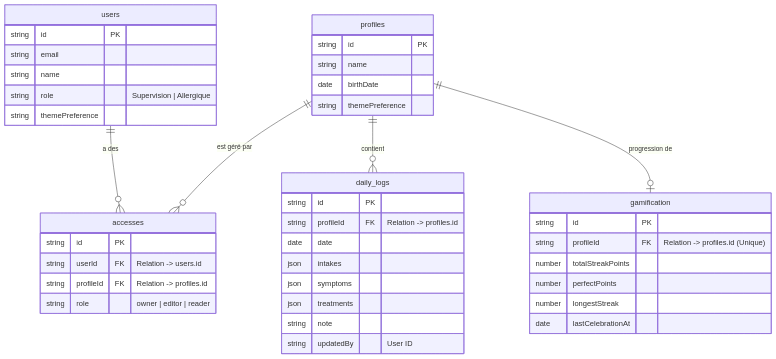
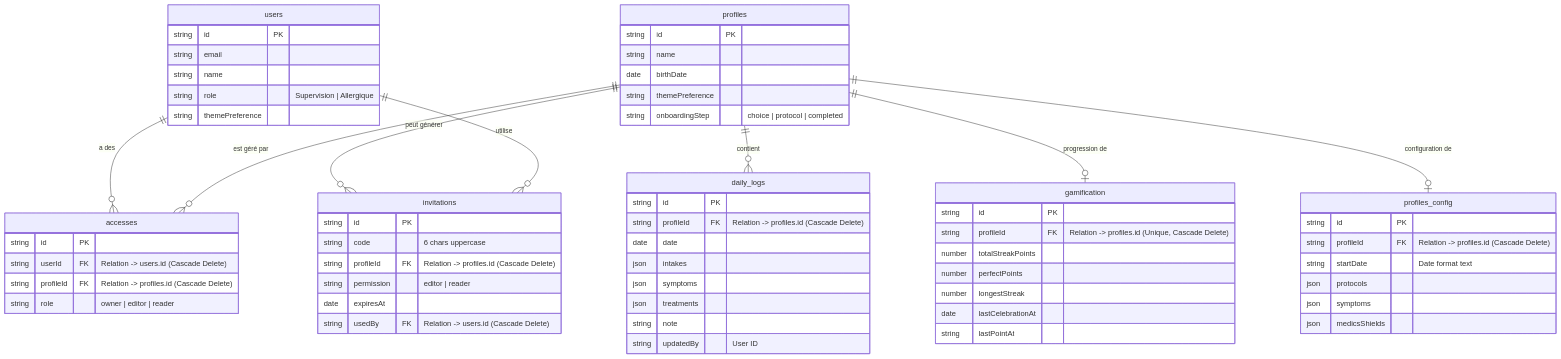
Before and after one commit to Rebolon/allergy-track: the diagram in MCD.md, drawn with Mermaid. The commit also changed other lines of this file and 17 other files, not shown here.

````diff
--- a/MCD.md
+++ b/MCD.md
@@ -5,49 +5,72 @@
 ```mermaid
 erDiagram
     users ||--o{ accesses : "a des"
     profiles ||--o{ accesses : "est géré par"
     profiles ||--o{ daily_logs : "contient"
     profiles ||--o| gamification : "progression de"
+    profiles ||--o| profiles_config : "configuration de"
+    profiles ||--o{ invitations : "peut générer"
+    users ||--o{ invitations : "utilise"
 
     users {
         string id PK
         string email
         string name
         string role "Supervision | Allergique"
         string themePreference
     }
 
     profiles {
         string id PK
         string name
         date birthDate
         string themePreference
+        string onboardingStep "choice | protocol | completed"
     }
 
     accesses {
         string id PK
-        string userId FK "Relation -> users.id"
-        string profileId FK "Relation -> profiles.id"
+        string userId FK "Relation -> users.id (Cascade Delete)"
+        string profileId FK "Relation -> profiles.id (Cascade Delete)"
         string role "owner | editor | reader"
     }
 
     daily_logs {
         string id PK
-        string profileId FK "Relation -> profiles.id"
+        string profileId FK "Relation -> profiles.id (Cascade Delete)"
         date date
         json intakes
         json symptoms
         json treatments
         string note
         string updatedBy "User ID"
     }
 
+    profiles_config {
+        string id PK
+        string profileId FK "Relation -> profiles.id (Cascade Delete)"
+        string startDate "Date format text"
+        json protocols
+        json symptoms
+        json medicsShields
+    }
+
     gamification {
         string id PK
-        string profileId FK "Relation -> profiles.id (Unique)"
+        string profileId FK "Relation -> profiles.id (Unique, Cascade Delete)"
         number totalStreakPoints
         number perfectPoints
         number longestStreak
         date lastCelebrationAt
+        string lastPointAt
+    }
+
+    invitations {
+        string id PK
+        string code "6 chars uppercase"
+        string profileId FK "Relation -> profiles.id (Cascade Delete)"
+        string permission "editor | reader"
+        date expiresAt
+        string usedBy FK "Relation -> users.id (Cascade Delete)"
     }
 ```
````
